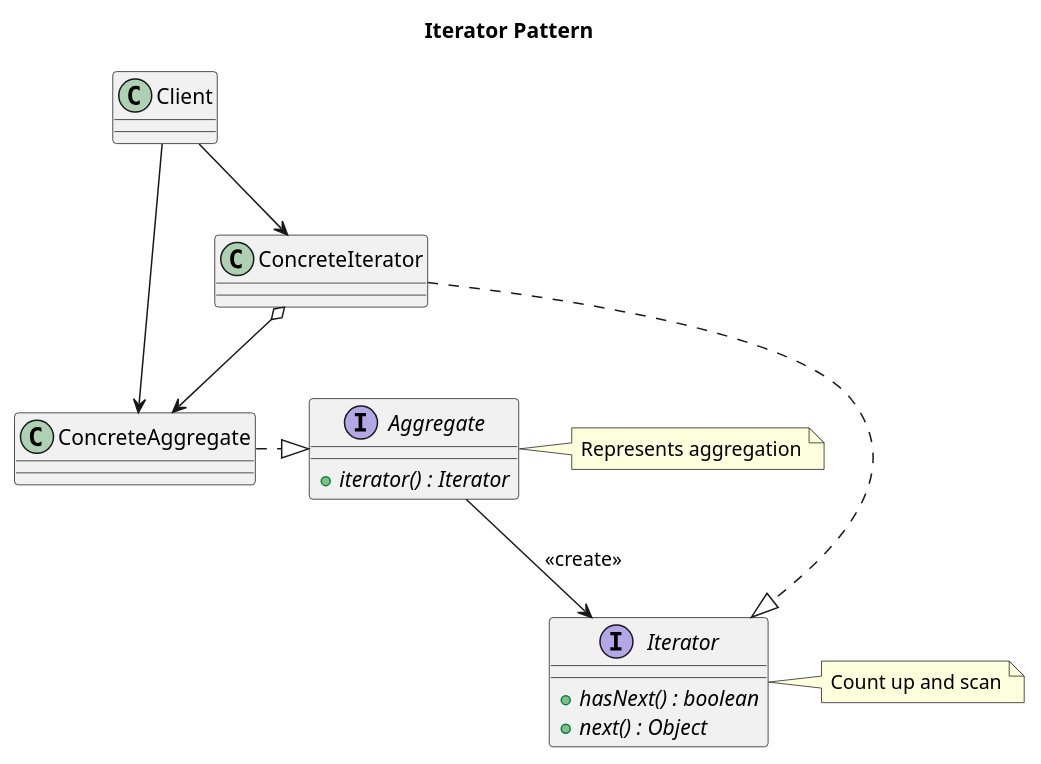
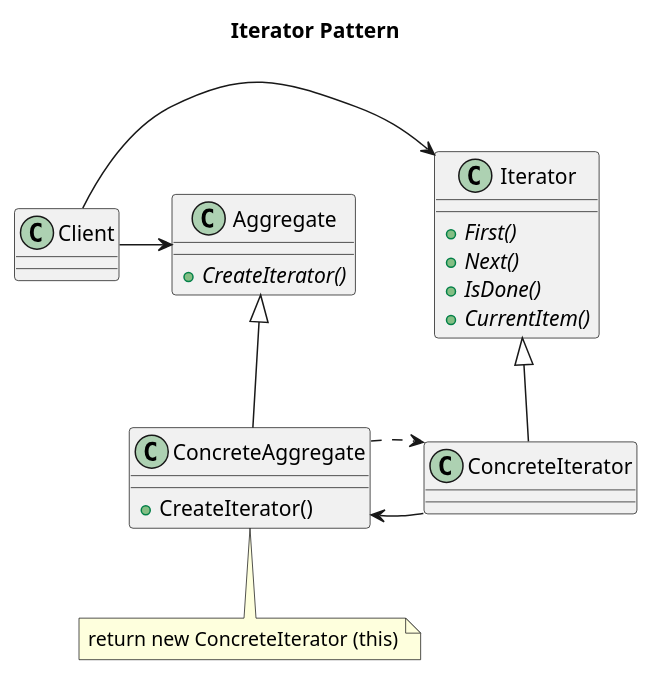
One commit to yuna611t/repo changed the diagram in uml/design_pattern/Iterator.pu. Above: the diagram before and after it, drawn with PlantUML.

Commit message:
modified for .net user

```diff
--- a/uml/design_pattern/Iterator.pu
+++ b/uml/design_pattern/Iterator.pu
@@ -1,37 +1,30 @@
 @startuml
 title Iterator Pattern
 
-interface Aggregate  {
-    + {abstract} iterator() : Iterator
+class Aggregate {
+    + {abstract} CreateIterator()
 }
-note right
-    Represents aggregation
+class Iterator {
+    + {abstract} First()
+    + {abstract} Next()
+    + {abstract} IsDone()
+    + {abstract} CurrentItem()
+}
+
+class ConcreteAggregate {
+    + CreateIterator()
+}
+note bottom of ConcreteAggregate
+    return new ConcreteIterator (this)
 end note
 
-class ConcreteAggregate {
-}
+' relations
+ConcreteIterator -up-|> Iterator
+ConcreteAggregate -up-|> Aggregate
+ConcreteIterator --le> ConcreteAggregate
+ConcreteAggregate ..> ConcreteIterator
 
-interface Iterator {
-    + {abstract} hasNext() : boolean
-    + {abstract} next() : Object
-}
-note right
-    Count up and scan
-end note
-
-class ConcreteIterator {
-}
-
-
-' relations
-ConcreteAggregate .|> Aggregate
-
-Aggregate --> Iterator : <<create>>
-
-ConcreteIterator .|> Iterator
-ConcreteIterator o--> ConcreteAggregate 
-
-Client --> ConcreteIterator
-Client -> ConcreteAggregate
+Client -> Iterator
+Client -> Aggregate
 
 @enduml
```
